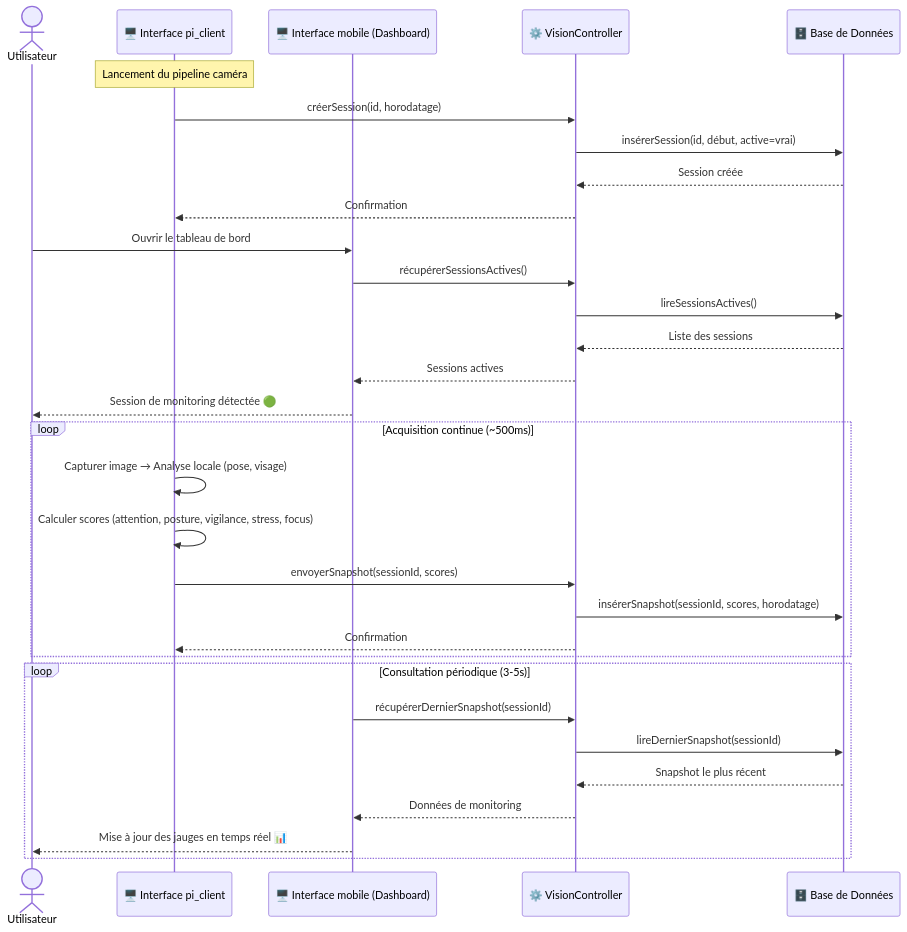
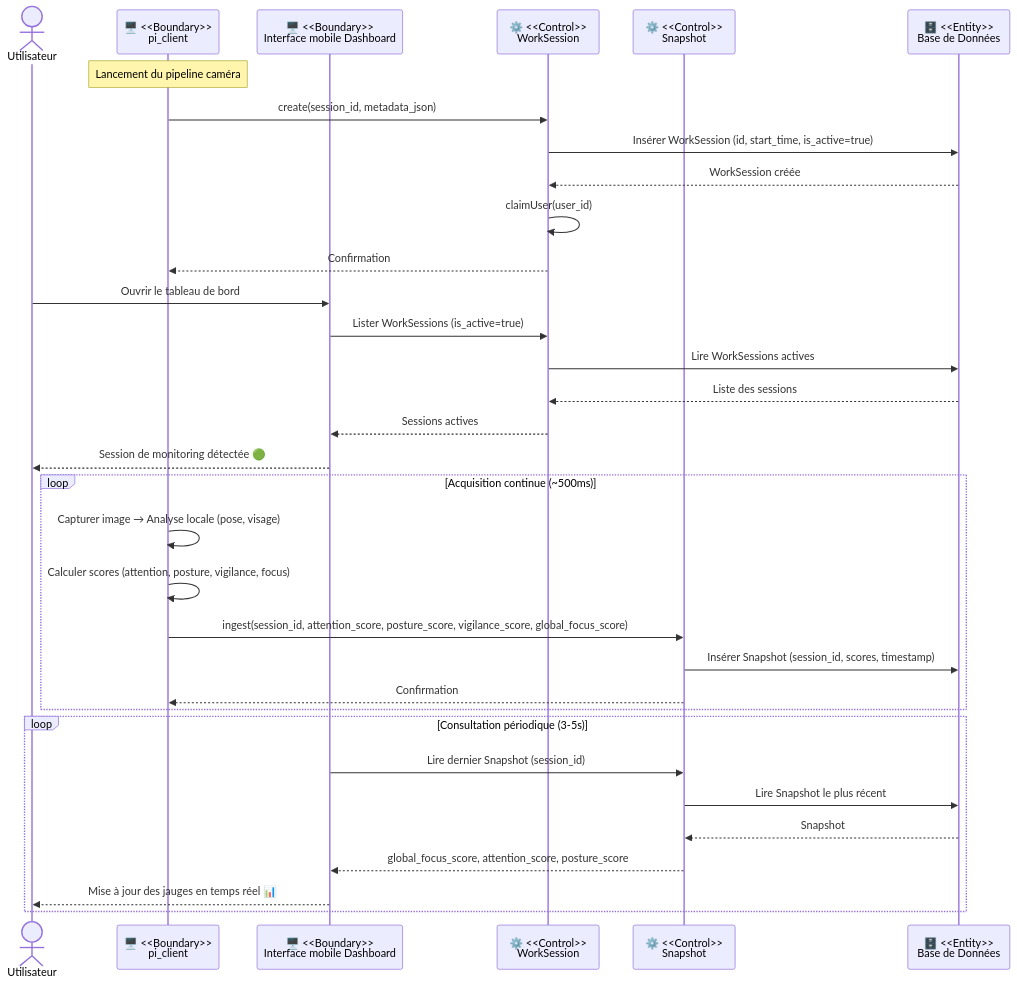
One commit to Jkacem/smart_focus changed the fourth of 20 diagrams in docs/Conception_DiagrammeSequence.md. Above: the diagram before and after it, drawn with Mermaid. The commit also changed other lines of this file and 31 other files, not shown here.

````diff
--- a/docs/Conception_DiagrammeSequence.md
+++ b/docs/Conception_DiagrammeSequence.md
@@ -108,38 +113,40 @@
 ```mermaid
 sequenceDiagram
     actor Utilisateur
-    participant BP as 🖥️ Interface pi_client
-    participant BM as 🖥️ Interface mobile (Dashboard)
-    participant C as ⚙️ VisionController
-    participant E as 🗄️ Base de Données
+    participant BP as 🖥️ <<Boundary>><br/>pi_client
+    participant BM as 🖥️ <<Boundary>><br/>Interface mobile Dashboard
+    participant WS as ⚙️ <<Control>><br/>WorkSession
+    participant SN as ⚙️ <<Control>><br/>Snapshot
+    participant E  as 🗄️ <<Entity>><br/>Base de Données
 
     Note over BP: Lancement du pipeline caméra
 
-    BP->>C: créerSession(id, horodatage)
-    C->>E: insérerSession(id, début, active=vrai)
-    E-->>C: Session créée
-    C-->>BP: Confirmation
+    BP->>WS: create(session_id, metadata_json)
+    WS->>E: Insérer WorkSession (id, start_time, is_active=true)
+    E-->>WS: WorkSession créée
+    WS->>WS: claimUser(user_id)
+    WS-->>BP: Confirmation
 
     Utilisateur->>BM: Ouvrir le tableau de bord
-    BM->>C: récupérerSessionsActives()
-    C->>E: lireSessionsActives()
-    E-->>C: Liste des sessions
-    C-->>BM: Sessions actives
+    BM->>WS: Lister WorkSessions (is_active=true)
+    WS->>E: Lire WorkSessions actives
+    E-->>WS: Liste des sessions
+    WS-->>BM: Sessions actives
     BM-->>Utilisateur: Session de monitoring détectée 🟢
 
     loop Acquisition continue (~500ms)
         BP->>BP: Capturer image → Analyse locale (pose, visage)
-        BP->>BP: Calculer scores (attention, posture, vigilance, stress, focus)
-        BP->>C: envoyerSnapshot(sessionId, scores)
-        C->>E: insérerSnapshot(sessionId, scores, horodatage)
-        C-->>BP: Confirmation
+        BP->>BP: Calculer scores (attention, posture, vigilance, focus)
+        BP->>SN: ingest(session_id, attention_score, posture_score, vigilance_score, global_focus_score)
+        SN->>E: Insérer Snapshot (session_id, scores, timestamp)
+        SN-->>BP: Confirmation
     end
 
     loop Consultation périodique (3-5s)
-        BM->>C: récupérerDernierSnapshot(sessionId)
-        C->>E: lireDernierSnapshot(sessionId)
-        E-->>C: Snapshot le plus récent
-        C-->>BM: Données de monitoring
+        BM->>SN: Lire dernier Snapshot (session_id)
+        SN->>E: Lire Snapshot le plus récent
+        E-->>SN: Snapshot
+        SN-->>BM: global_focus_score, attention_score, posture_score
         BM-->>Utilisateur: Mise à jour des jauges en temps réel 📊
     end
 ```
````
